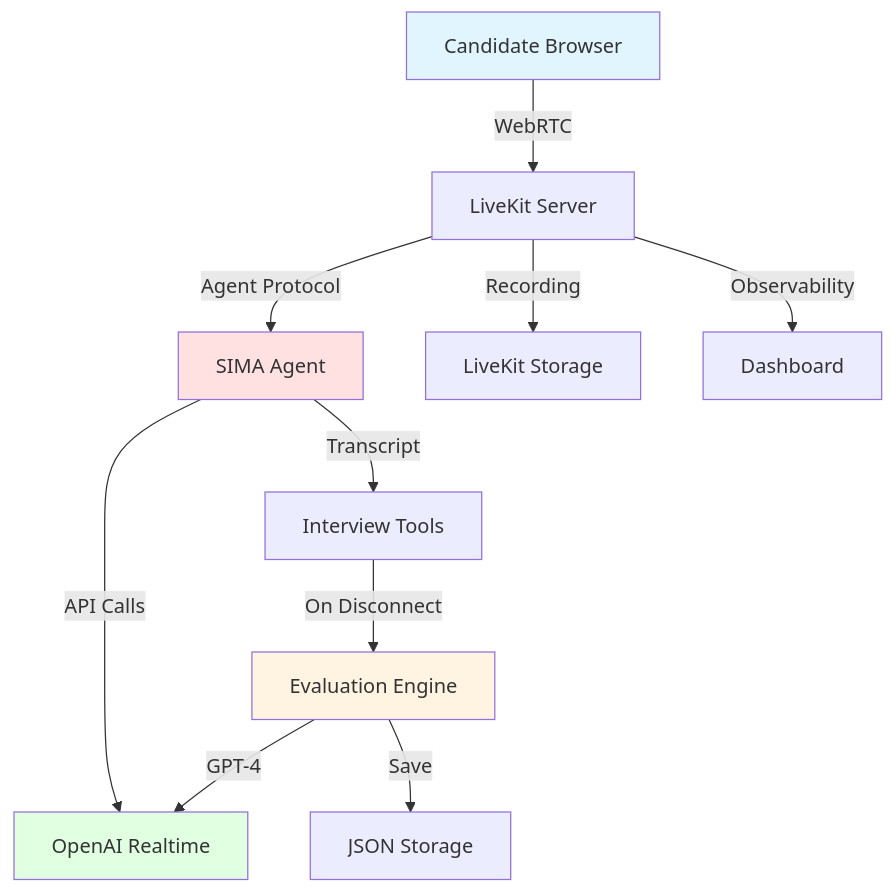
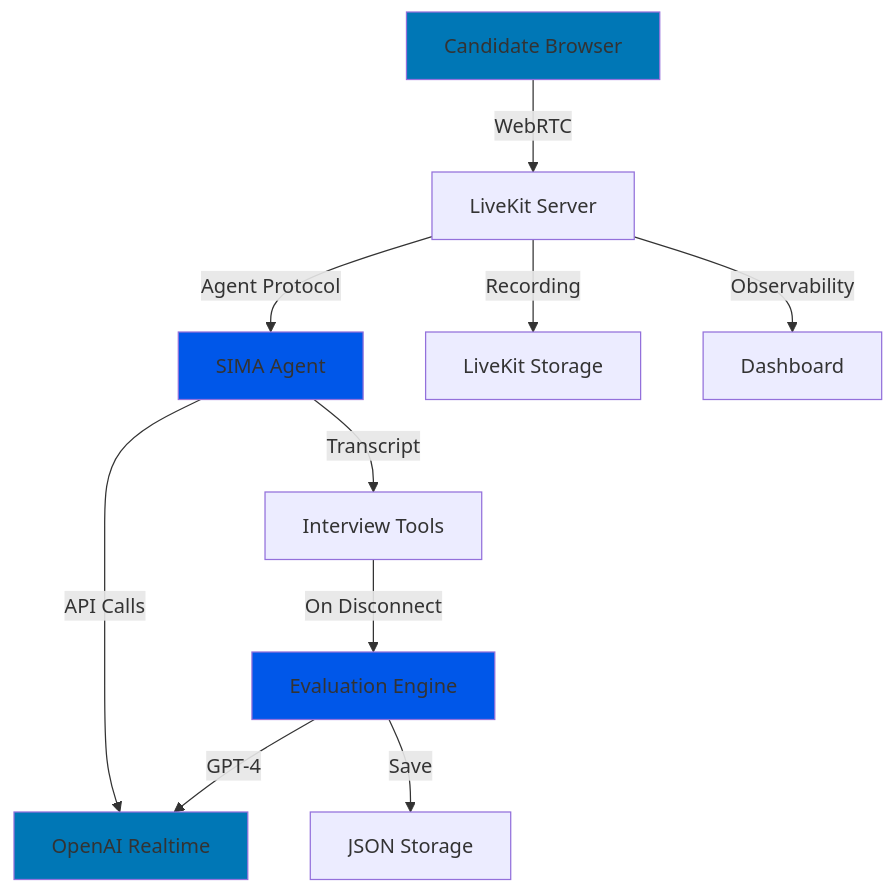
One commit to amanp27/AI-Interview-Agent changed the diagram in ARCHITECTURE.md. Above: the diagram before and after it, drawn with Mermaid.

Commit message:
Change color styles in ARCHITECTURE.md
Updated color styles for architecture diagram.

````diff
--- a/ARCHITECTURE.md
+++ b/ARCHITECTURE.md
@@ -82,17 +82,17 @@
 ```mermaid
 graph TB
     A[Candidate Browser] -->|WebRTC| B[LiveKit Server]
     B -->|Agent Protocol| C[SIMA Agent]
     C -->|API Calls| D[OpenAI Realtime]
     C -->|Transcript| E[Interview Tools]
     E -->|On Disconnect| F[Evaluation Engine]
     F -->|GPT-4| D
     F -->|Save| G[JSON Storage]
     B -->|Recording| H[LiveKit Storage]
     B -->|Observability| I[Dashboard]
     
-    style A fill:#e1f5ff
-    style C fill:#ffe1e1
-    style D fill:#e1ffe1
-    style F fill:#fff3e1
+    style A fill:#0077B6
+    style C fill:#0057e9
+    style D fill:#0077B6
+    style F fill:#0057e9
 ```
````
